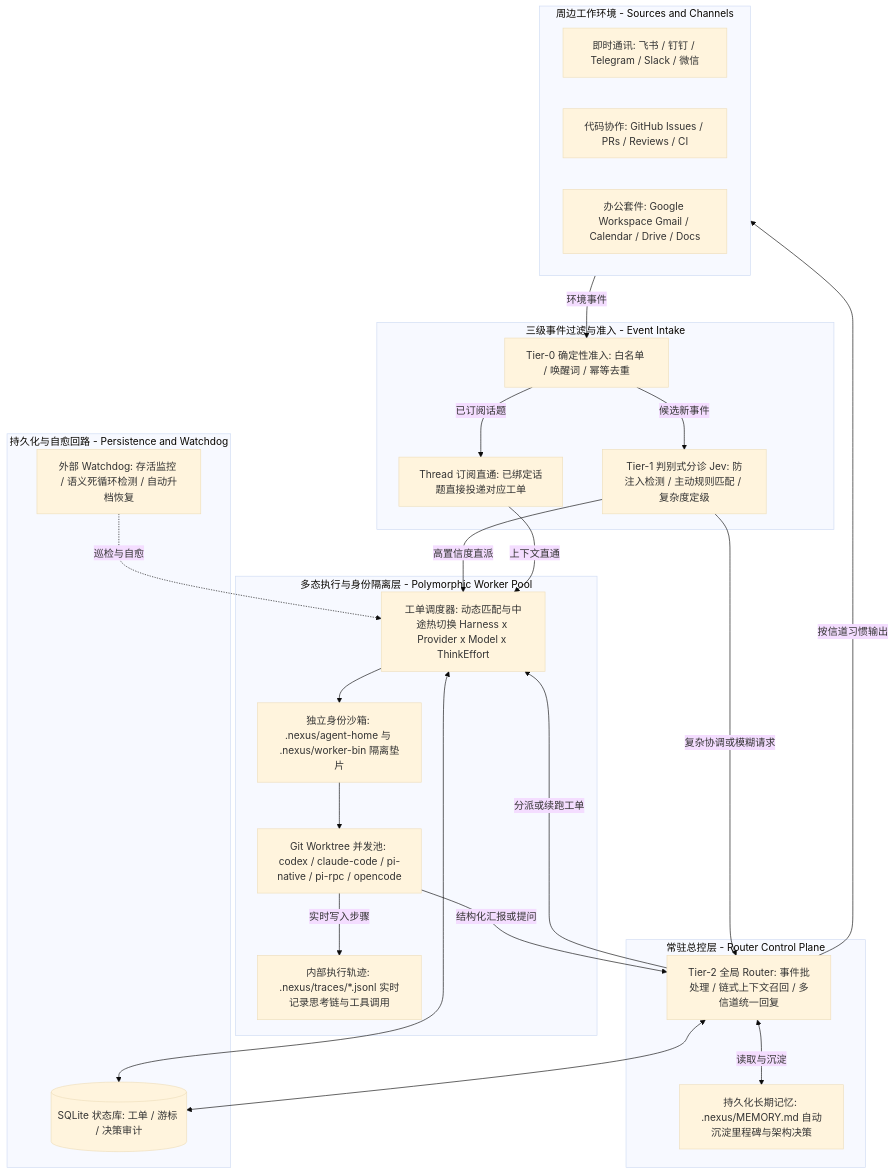
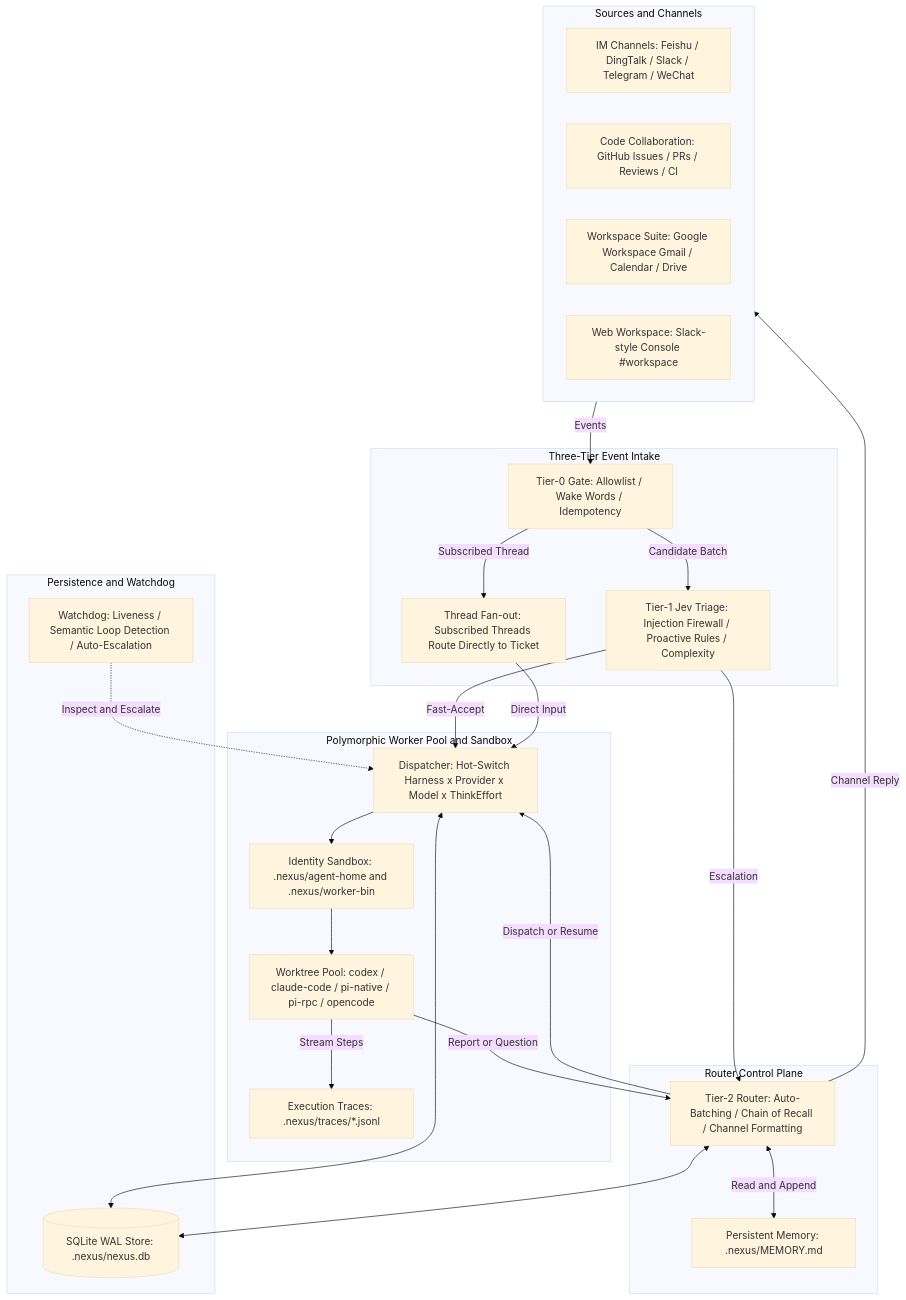
The diagram in README.md (xdlkc/nexus), drawn with Mermaid (base theme) before and after one commit. The commit also changed other lines of this file and 1 other file, not shown here.

````diff
--- a/README.md
+++ b/README.md
@@ -25,48 +24,49 @@
 ```mermaid
 flowchart TD
-  subgraph Peripherals["周边工作环境 - Sources and Channels"]
-    IM["即时通讯: 飞书 / 钉钉 / Telegram / Slack / 微信"]
-    GH["代码协作: GitHub Issues / PRs / Reviews / CI"]
-    GWS["办公套件: Google Workspace Gmail / Calendar / Drive / Docs"]
+  subgraph Peripherals["Sources and Channels"]
+    IM["IM Channels: Feishu / DingTalk / Slack / Telegram / WeChat"]
+    GH["Code Collaboration: GitHub Issues / PRs / Reviews / CI"]
+    GWS["Workspace Suite: Google Workspace Gmail / Calendar / Drive"]
+    WEB["Web Workspace: Slack-style Console #workspace"]
   end
 
-  subgraph Intake["三级事件过滤与准入 - Event Intake"]
-    Gate["Tier-0 确定性准入: 白名单 / 唤醒词 / 幂等去重"]
-    FanOut["Thread 订阅直通: 已绑定话题直接投递对应工单"]
-    Triage["Tier-1 判别式分诊 Jev: 防注入检测 / 主动规则匹配 / 复杂度定级"]
+  subgraph Intake["Three-Tier Event Intake"]
+    Gate["Tier-0 Gate: Allowlist / Wake Words / Idempotency"]
+    FanOut["Thread Fan-out: Subscribed Threads Route Directly to Ticket"]
+    Triage["Tier-1 Jev Triage: Injection Firewall / Proactive Rules / Complexity"]
   end
 
-  subgraph Brain["常驻总控层 - Router Control Plane"]
-    Router["Tier-2 全局 Router: 事件批处理 / 链式上下文召回 / 多信道统一回复"]
-    Memory["持久化长期记忆: .nexus/MEMORY.md 自动沉淀里程碑与架构决策"]
+  subgraph Brain["Router Control Plane"]
+    Router["Tier-2 Router: Auto-Batching / Chain of Recall / Channel Formatting"]
+    Memory["Persistent Memory: .nexus/MEMORY.md"]
   end
 
-  subgraph Hands["多态执行与身份隔离层 - Polymorphic Worker Pool"]
-    Dispatcher["工单调度器: 动态匹配与中途热切换 Harness x Provider x Model x ThinkEffort"]
-    Shims["独立身份沙箱: .nexus/agent-home 与 .nexus/worker-bin 隔离垫片"]
-    Workers["Git Worktree 并发池: codex / claude-code / pi-native / pi-rpc / opencode"]
-    Traces["内部执行轨迹: .nexus/traces/*.jsonl 实时记录思考链与工具调用"]
+  subgraph Hands["Polymorphic Worker Pool and Sandbox"]
+    Dispatcher["Dispatcher: Hot-Switch Harness x Provider x Model x ThinkEffort"]
+    Shims["Identity Sandbox: .nexus/agent-home and .nexus/worker-bin"]
+    Workers["Worktree Pool: codex / claude-code / pi-native / pi-rpc / opencode"]
+    Traces["Execution Traces: .nexus/traces/*.jsonl"]
   end
 
-  subgraph Foundation["持久化与自愈回路 - Persistence and Watchdog"]
-    Store[("SQLite 状态库: 工单 / 游标 / 决策审计")]
-    Watchdog["外部 Watchdog: 存活监控 / 语义死循环检测 / 自动升档恢复"]
+  subgraph Foundation["Persistence and Watchdog"]
+    Store[("SQLite WAL Store: .nexus/nexus.db")]
+    Watchdog["Watchdog: Liveness / Semantic Loop Detection / Auto-Escalation"]
   end
 
-  Peripherals -->|"环境事件"| Gate
-  Gate -->|"已订阅话题"| FanOut
-  Gate -->|"候选新事件"| Triage
-  Triage -->|"高置信度直派"| Dispatcher
-  Triage -->|"复杂协调或模糊请求"| Router
-  Router -->|"分派或续跑工单"| Dispatcher
-  Router <-->|"读取与沉淀"| Memory
-  FanOut -->|"上下文直通"| Dispatcher
+  Peripherals -->|"Events"| Gate
+  Gate -->|"Subscribed Thread"| FanOut
+  Gate -->|"Candidate Batch"| Triage
+  Triage -->|"Fast-Accept"| Dispatcher
+  Triage -->|"Escalation"| Router
+  Router -->|"Dispatch or Resume"| Dispatcher
+  Router <-->|"Read and Append"| Memory
+  FanOut -->|"Direct Input"| Dispatcher
   Dispatcher --> Shims
   Shims --> Workers
-  Workers -->|"实时写入步骤"| Traces
-  Workers -->|"结构化汇报或提问"| Router
-  Router -->|"按信道习惯输出"| Peripherals
+  Workers -->|"Stream Steps"| Traces
+  Workers -->|"Report or Question"| Router
+  Router -->|"Channel Reply"| Peripherals
   Router <--> Store
   Dispatcher <--> Store
-  Watchdog -.->|"巡检与自愈"| Dispatcher
+  Watchdog -.->|"Inspect and Escalate"| Dispatcher
 ```
````
